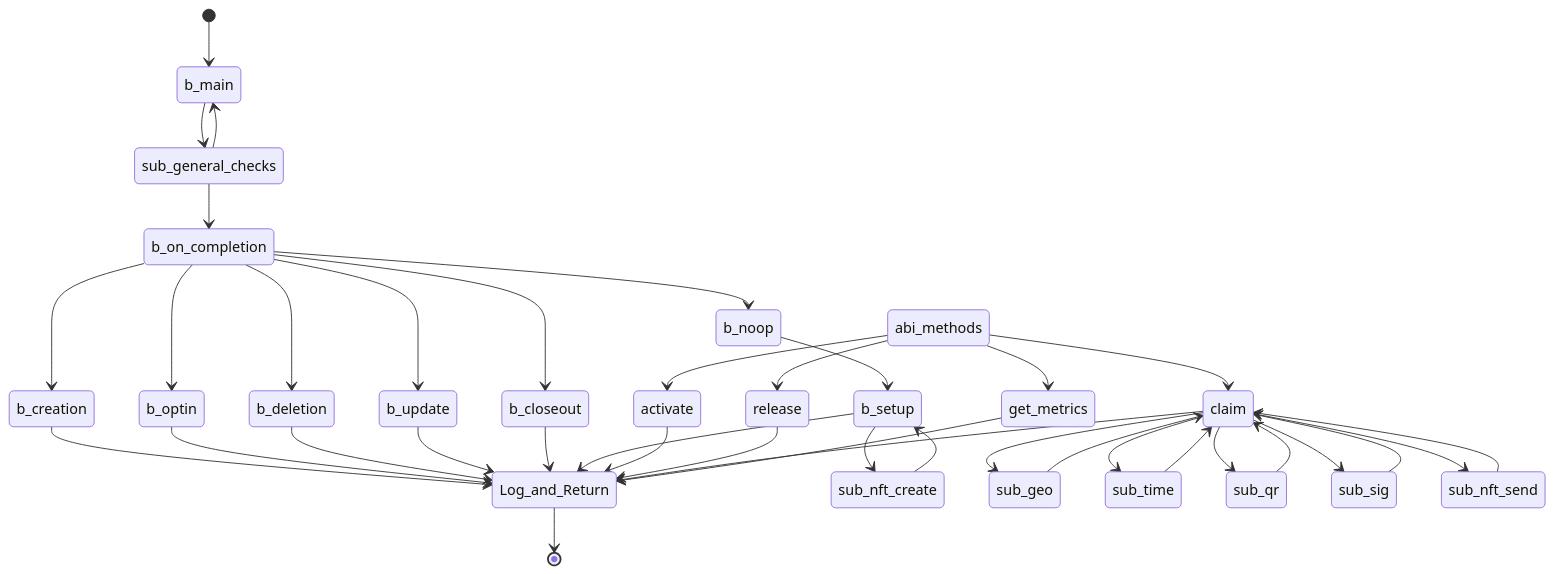
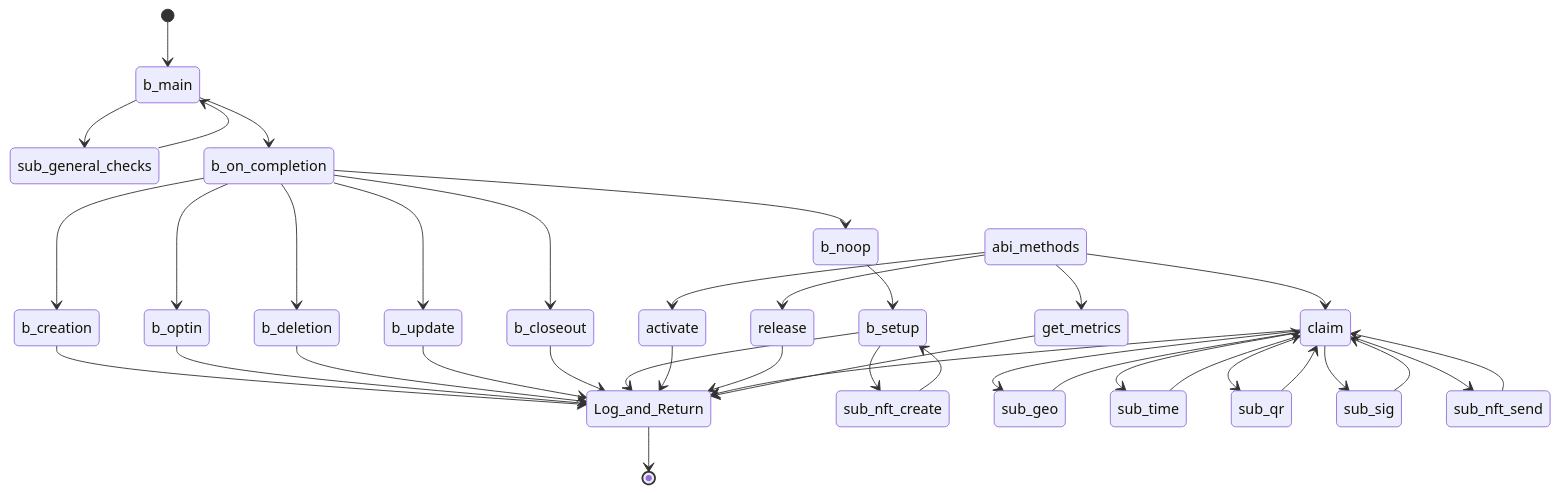
One commit to GoPlausible/.github changed the ninth of 10 diagrams in profile/README.md. Above: the diagram before and after it, drawn with Mermaid.

````diff
--- a/profile/README.md
+++ b/profile/README.md
@@ -429,55 +429,55 @@
 ```mermaid
   stateDiagram-v2
     [*] --> b_main
     b_main --> sub_general_checks
     sub_general_checks --> b_main
-    sub_general_checks --> b_on_completion
+    b_main --> b_on_completion
     
     b_on_completion --> b_creation
     b_creation --> Log_and_Return
     b_on_completion --> b_optin
     b_optin --> Log_and_Return
     b_on_completion --> b_deletion
     b_deletion --> Log_and_Return
     b_on_completion --> b_update
     b_update --> Log_and_Return
     b_on_completion --> b_closeout
     b_closeout --> Log_and_Return
 
     b_on_completion --> b_noop
     b_noop --> b_setup
     b_setup --> sub_nft_create
     sub_nft_create --> b_setup
     b_setup --> Log_and_Return
    
 
 
     abi_methods --> activate
     activate --> Log_and_Return
 
     abi_methods --> release
     release --> Log_and_Return
 
     abi_methods --> claim
     claim --> sub_geo
     sub_geo --> claim
     claim --> sub_time
     sub_time --> claim
     claim --> sub_qr
     sub_qr --> claim
     claim --> sub_sig
     sub_sig --> claim
     claim --> sub_nft_send
     sub_nft_send --> claim
     claim --> Log_and_Return
 
 
     
   
     abi_methods --> get_metrics
     get_metrics --> Log_and_Return
   
     
     Log_and_Return --> [*]
     
 ```
````
